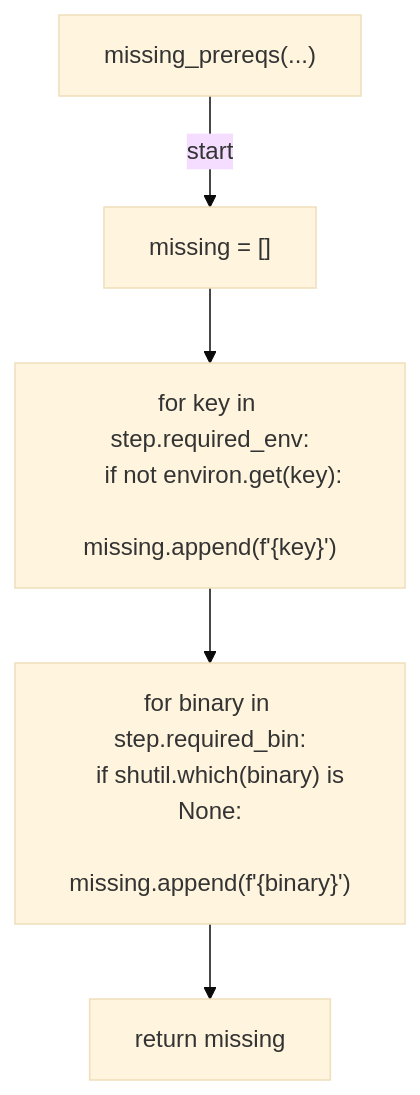
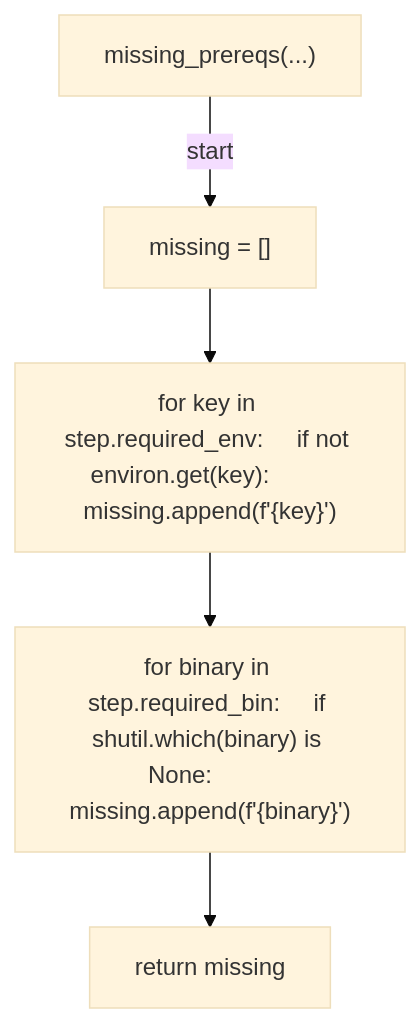
One commit to tvna/claude-md changed the first of 10 diagrams in docs/generated/scripts/ast/preflight_all.md. Above: the diagram before and after it, drawn with Mermaid (base theme). The commit also changed other lines of this file and 29 other files, not shown here.

First line of the commit message:
docs(generated): regenerate decision tree and workflow diagrams (batch 3/5)

````diff
--- a/docs/generated/scripts/ast/preflight_all.md
+++ b/docs/generated/scripts/ast/preflight_all.md
@@ -7,16 +7,12 @@
 ```mermaid
 flowchart TD
     N001["missing_prereqs(...)"]
     N002["missing = []"]
-    N003["for key in step.required_env:
-    if not environ.get(key):
-        missing.append(f'<str>{key}')"]
-    N004["for binary in step.required_bin:
-    if shutil.which(binary) is None:
-        missing.append(f'<str>{binary}')"]
+    N003["for key in step.required_env:     if not environ.get(key):         missing.append(f'<str>{key}')"]
+    N004["for binary in step.required_bin:     if shutil.which(binary) is None:         missing.append(f'<str>{binary}')"]
     N005["return missing"]
     N001 -->|"start"| N002
     N002 --> N003
     N003 --> N004
     N004 --> N005
 ```
````
